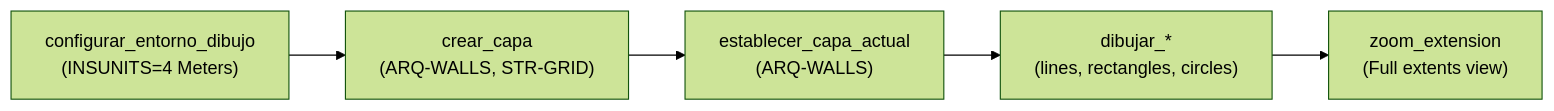
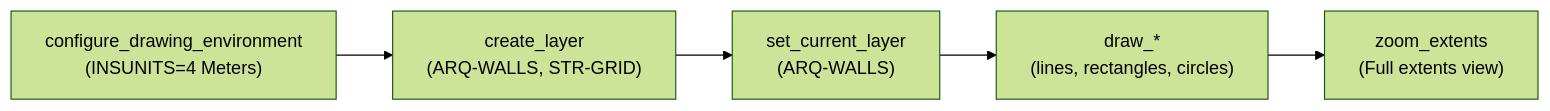
One commit to LuiccianDev/autocad-mcp changed the first of 4 diagrams in docs/TOOLS_CHEAT_SHEET.md. Above: the diagram before and after it, drawn with Mermaid (forest theme). The commit also changed other lines of this file and 10 other files, not shown here.

````diff
--- a/docs/TOOLS_CHEAT_SHEET.md
+++ b/docs/TOOLS_CHEAT_SHEET.md
@@ -64,7 +64,7 @@
 ```mermaid
 flowchart LR
-    A["configurar_entorno_dibujo\n(INSUNITS=4 Meters)"] --> B["crear_capa\n(ARQ-WALLS, STR-GRID)"]
-    B --> C["establecer_capa_actual\n(ARQ-WALLS)"]
-    C --> D["dibujar_*\n(lines, rectangles, circles)"]
-    D --> E["zoom_extension\n(Full extents view)"]
+    A["configure_drawing_environment\n(INSUNITS=4 Meters)"] --> B["create_layer\n(ARQ-WALLS, STR-GRID)"]
+    B --> C["set_current_layer\n(ARQ-WALLS)"]
+    C --> D["draw_*\n(lines, rectangles, circles)"]
+    D --> E["zoom_extents\n(Full extents view)"]
 ```
````
